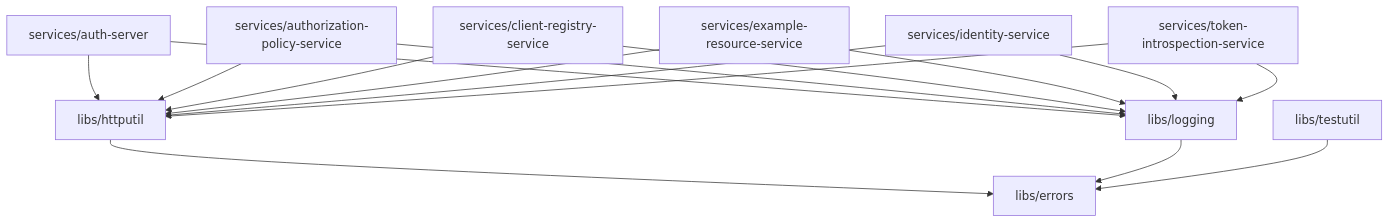
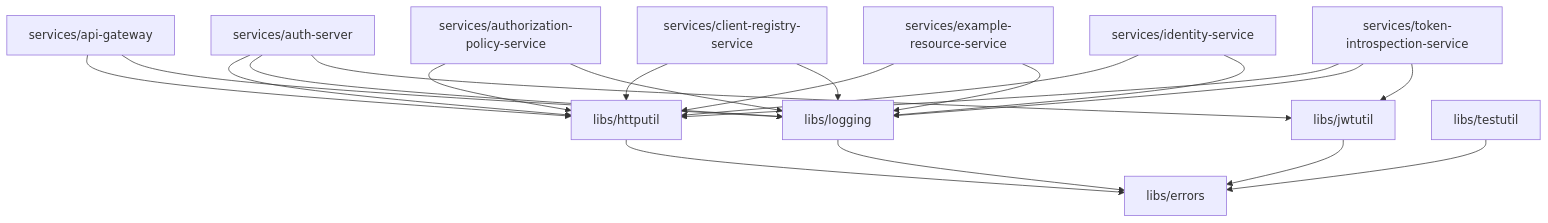
Before and after one commit to jedi-knights/identity-platform-go: the second of 2 diagrams in README.md, drawn with Mermaid. The commit also changed other lines of this file, not shown here.

First line of the commit message:
docs(readme): add api-gateway throughout root README and fix navigation

````diff
--- a/README.md
+++ b/README.md
@@ -552,31 +627,38 @@
 ```mermaid
 graph TD
     errors["libs/errors"]
     httputil["libs/httputil"]
+    jwtutil["libs/jwtutil"]
     logging["libs/logging"]
     testutil["libs/testutil"]
 
+    gateway["services/api-gateway"]
     auth["services/auth-server"]
     authz["services/authorization-policy-service"]
     clients["services/client-registry-service"]
     example["services/example-resource-service"]
     identity["services/identity-service"]
     introspect["services/token-introspection-service"]
 
     httputil --> errors
+    jwtutil --> errors
     logging --> errors
     testutil --> errors
 
+    gateway --> httputil
+    gateway --> logging
     auth --> httputil
     auth --> logging
+    auth --> jwtutil
     authz --> httputil
     authz --> logging
     clients --> httputil
     clients --> logging
     example --> httputil
     example --> logging
     identity --> httputil
     identity --> logging
     introspect --> httputil
     introspect --> logging
+    introspect --> jwtutil
 ```
````
